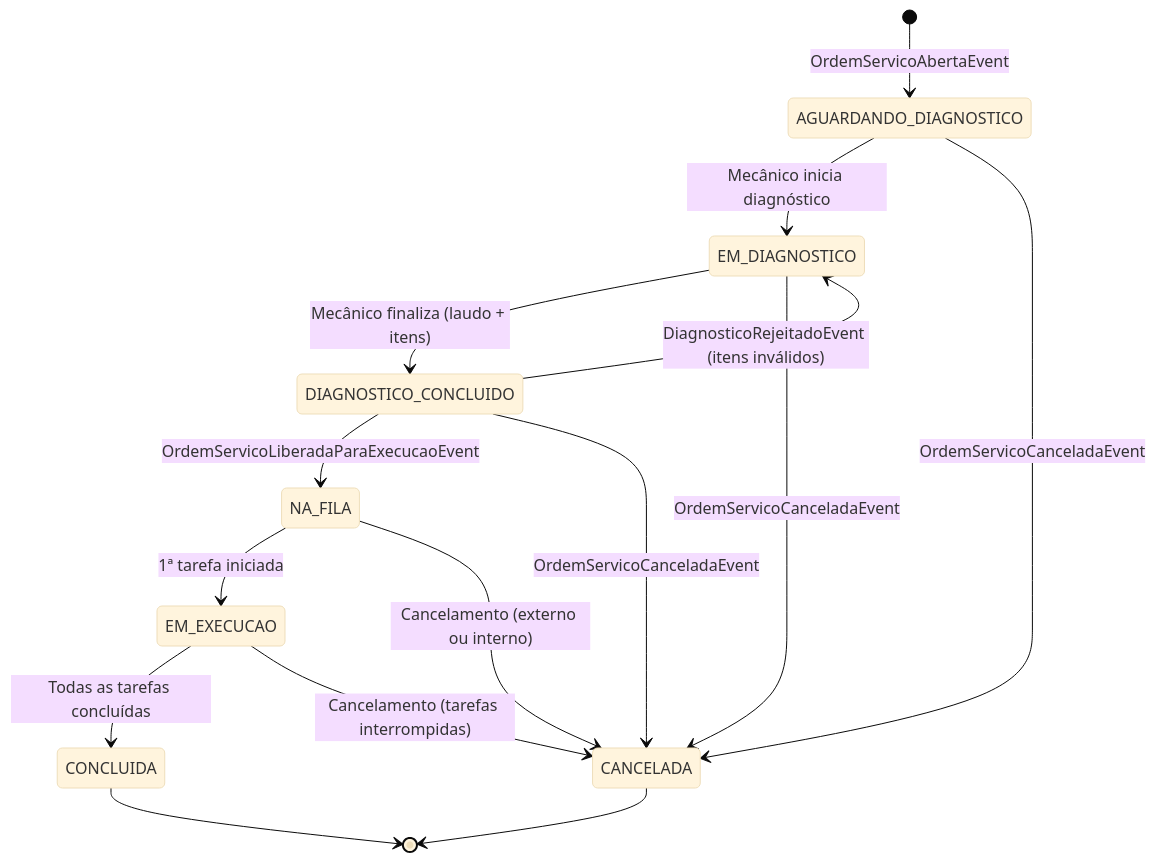
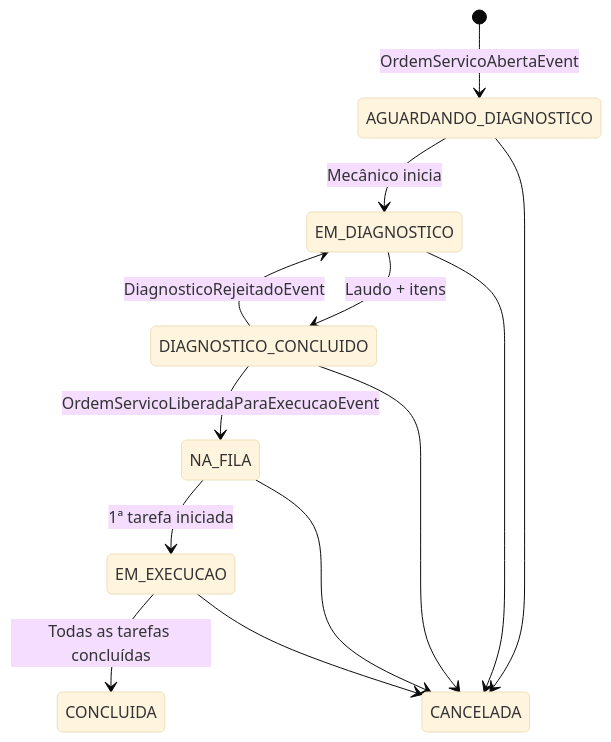
Before and after one commit to SOAT-FIAP-2026/execution-service: the second of 2 diagrams in README.md, drawn with Mermaid (base theme). The commit also changed other lines of this file and 21 other files, not shown here.

Commit message:
test: add layer dependency unit tests for architecture validation

````diff
--- a/README.md
+++ b/README.md
@@ -331,17 +31,15 @@
 ```mermaid
 stateDiagram-v2
     [*] --> AGUARDANDO_DIAGNOSTICO: OrdemServicoAbertaEvent
-    AGUARDANDO_DIAGNOSTICO --> EM_DIAGNOSTICO: Mecânico inicia diagnóstico
-    EM_DIAGNOSTICO --> DIAGNOSTICO_CONCLUIDO: Mecânico finaliza (laudo + itens)
-    DIAGNOSTICO_CONCLUIDO --> EM_DIAGNOSTICO: DiagnosticoRejeitadoEvent (itens inválidos)
+    AGUARDANDO_DIAGNOSTICO --> EM_DIAGNOSTICO: Mecânico inicia
+    EM_DIAGNOSTICO --> DIAGNOSTICO_CONCLUIDO: Laudo + itens
+    DIAGNOSTICO_CONCLUIDO --> EM_DIAGNOSTICO: DiagnosticoRejeitadoEvent
     DIAGNOSTICO_CONCLUIDO --> NA_FILA: OrdemServicoLiberadaParaExecucaoEvent
     NA_FILA --> EM_EXECUCAO: 1ª tarefa iniciada
     EM_EXECUCAO --> CONCLUIDA: Todas as tarefas concluídas
-    AGUARDANDO_DIAGNOSTICO --> CANCELADA: OrdemServicoCanceladaEvent
-    EM_DIAGNOSTICO --> CANCELADA: OrdemServicoCanceladaEvent
-    DIAGNOSTICO_CONCLUIDO --> CANCELADA: OrdemServicoCanceladaEvent
-    NA_FILA --> CANCELADA: Cancelamento (externo ou interno)
-    EM_EXECUCAO --> CANCELADA: Cancelamento (tarefas interrompidas)
-    CONCLUIDA --> [*]
-    CANCELADA --> [*]
+    AGUARDANDO_DIAGNOSTICO --> CANCELADA
+    EM_DIAGNOSTICO --> CANCELADA
+    DIAGNOSTICO_CONCLUIDO --> CANCELADA
+    NA_FILA --> CANCELADA
+    EM_EXECUCAO --> CANCELADA
 ```
````
